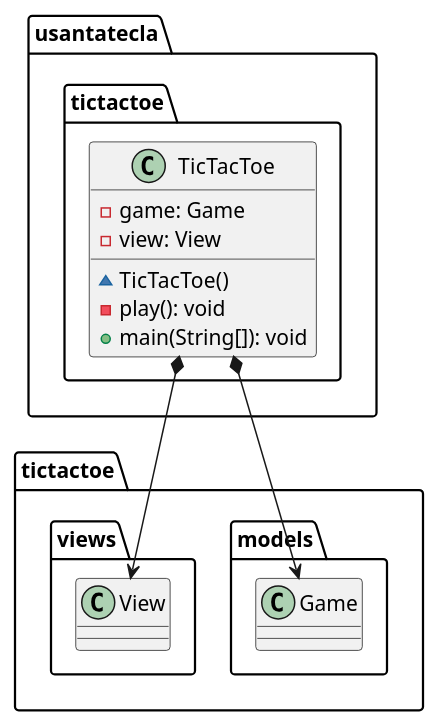
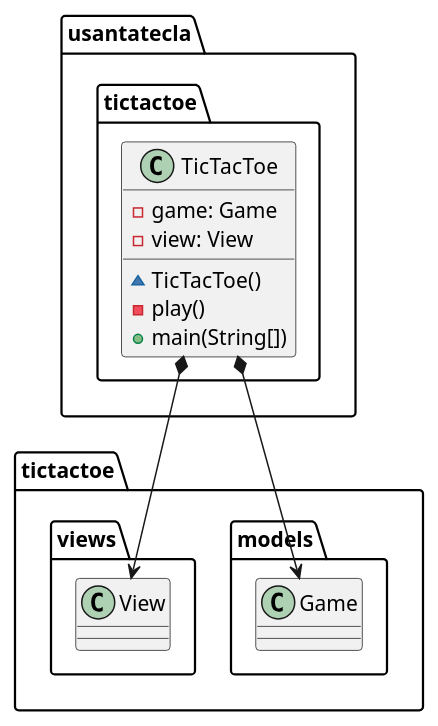
One commit to Jolucaa/USantaTecla-project-ticTacToe changed the first of 4 diagrams in documentView/console/docs/diagrams/src/paquetes.plantuml. Above: the diagram before and after it, drawn with PlantUML. The commit also changed other lines of this file and 10 other files, not shown here.

Commit message:
Fix some diagrams

```diff
--- a/documentView/console/docs/diagrams/src/paquetes.plantuml
+++ b/documentView/console/docs/diagrams/src/paquetes.plantuml
@@ -1,11 +1,11 @@
 @startuml tictactoe
 class  usantatecla.tictactoe.TicTacToe{
 - game: Game
 - view: View
 ~ TicTacToe()
-- play(): void
-+ main(String[]): void
+- play()
++ main(String[])
 }
 usantatecla.tictactoe.TicTacToe *-down-> tictactoe.models.Game
 usantatecla.tictactoe.TicTacToe *-down-> tictactoe.views.View
 @enduml
```
